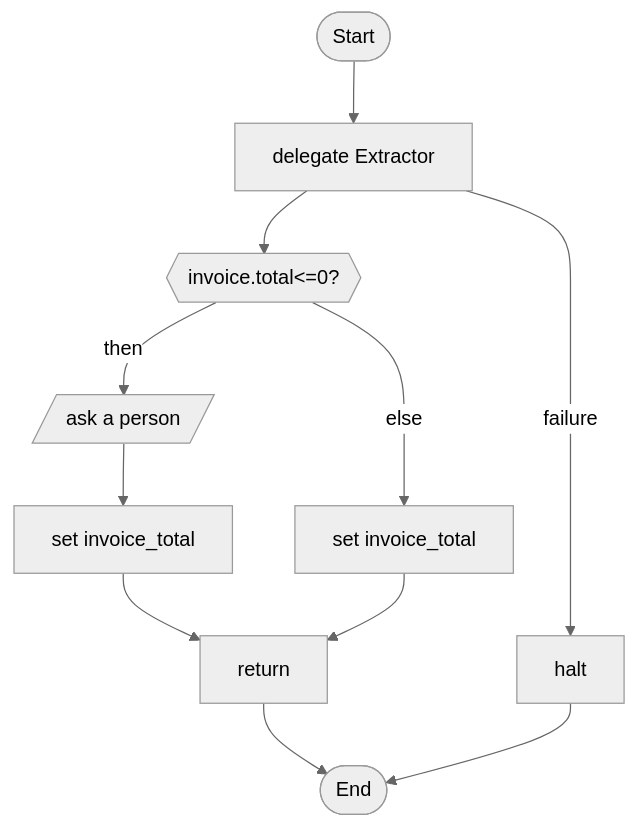
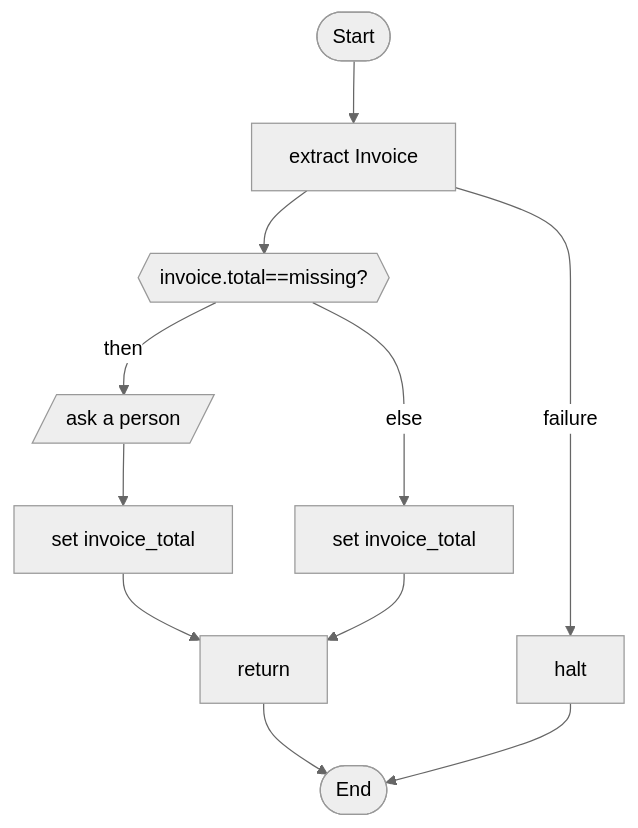
The diagram in src/loom/starters/08-extract-and-validate/README.md (srijithunni7182/llm4j), drawn with Mermaid (neutral theme) before and after one commit. The commit also changed other lines of this file and 11 other files, not shown here.

````diff
--- a/src/loom/starters/08-extract-and-validate/README.md
+++ b/src/loom/starters/08-extract-and-validate/README.md
@@ -51,22 +58,22 @@
 ```mermaid
 flowchart TD
   start(["Start"])
-  n1["delegate Extractor"]
-  n2{{"invoice.total<=0?"}}
+  n1["extract Invoice"]
+  n2{{"invoice.total==missing?"}}
   n3[/"ask a person"/]
   n4["set invoice_total"]
   n5["set invoice_total"]
   n6["return"]
   n7["halt"]
   end_(["End"])
   start --> n1
   n1 --> n2
   n2 -->|then| n3
   n3 --> n4
   n2 -->|else| n5
   n4 --> n6
   n5 --> n6
   n6 --> end_
   n1 -->|failure| n7
   n7 --> end_
 ```
````
